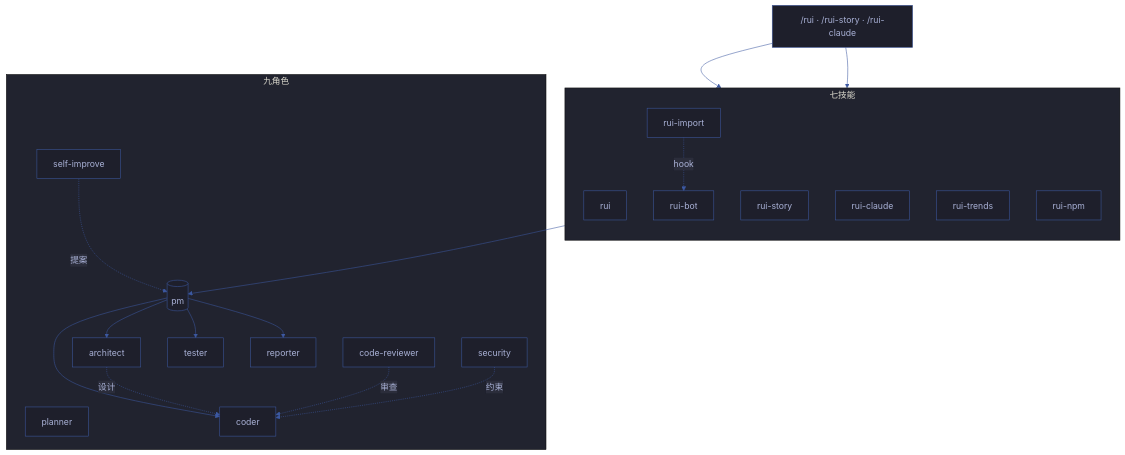
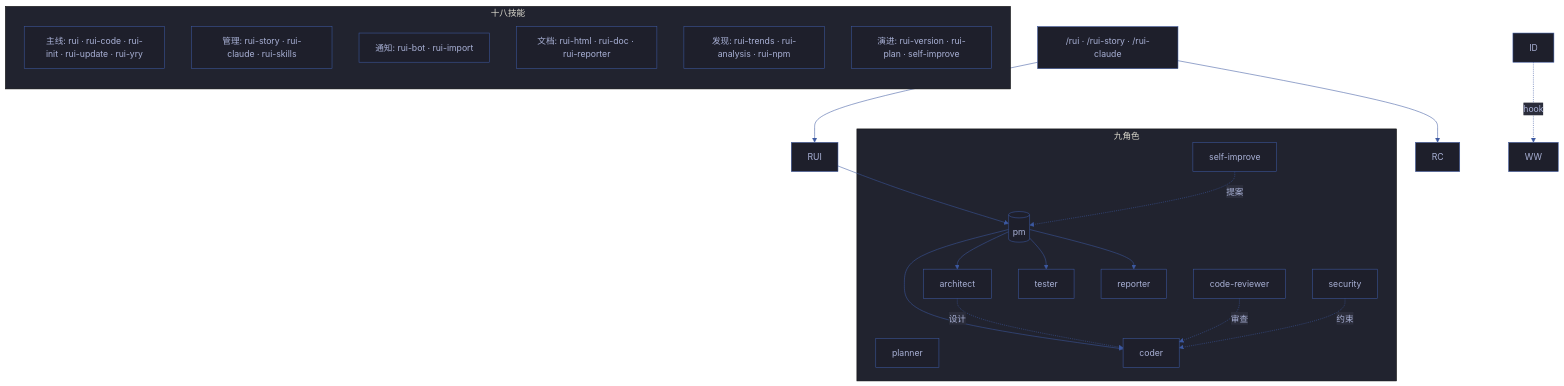
One commit to effiy/YrY changed the first of 6 diagrams in README.md. Above: the diagram before and after it, drawn with Mermaid. The commit also changed other lines of this file and 4 other files, not shown here.

First line of the commit message:
bump: 5.0.0 → 5.1.0 — enhanced rui-init verification, rui-bot rich notifications, complete story documentation

````diff
--- a/README.md
+++ b/README.md
@@ -9,45 +9,44 @@
 ```mermaid
 %%{init: {'theme': 'base', 'themeVariables': {
   'primaryColor': '#1e1f2b',
   'primaryTextColor': '#a9b1d6',
   'primaryBorderColor': '#3d59a1',
   'lineColor': '#3d59a1',
   'secondaryColor': '#2b2d3b',
   'tertiaryColor': '#21232f'
 }}}%%
 flowchart TD
     CMD["/rui · /rui-story · /rui-claude"]
 
-    subgraph Skills[七技能]
+    subgraph Skills[十八技能]
         direction TB
-        RUI[rui]:::skill
-        RS[rui-story]:::skill
-        RC[rui-claude]:::skill
-        ID[rui-import]:::skill
-        WW[rui-bot]:::skill
-        TD[rui-trends]:::skill
-        RN[rui-npm]:::skill
+        CORE["主线: rui · rui-code · rui-init · rui-update · rui-yry"]:::skill
+        MGMT["管理: rui-story · rui-claude · rui-skills"]:::skill
+        BOT["通知: rui-bot · rui-import"]:::skill
+        DOCS["文档: rui-html · rui-doc · rui-reporter"]:::skill
+        DISC["发现: rui-trends · rui-analysis · rui-npm"]:::skill
+        EVO["演进: rui-version · rui-plan · self-improve"]:::skill
     end
 
     subgraph Agents[九角色]
         PM[("pm")]:::core
         PLANNER[planner]:::agent
         ARCHITECT[architect]:::agent
         CODER[coder]:::agent
         REVIEWER[code-reviewer]:::agent
         TESTER[tester]:::agent
         REPORTER[reporter]:::agent
         SECURITY[security]:::agent
         SI[self-improve]:::agent
     end
 
     CMD --> RUI & RC
     RUI --> PM
     PM --> ARCHITECT & CODER & TESTER & REPORTER
     ARCHITECT -.设计.-> CODER
     REVIEWER -.审查.-> CODER
     SECURITY -.约束.-> CODER
     SI -.提案.-> PM
     ID -.hook.-> WW
 
 ```
````
